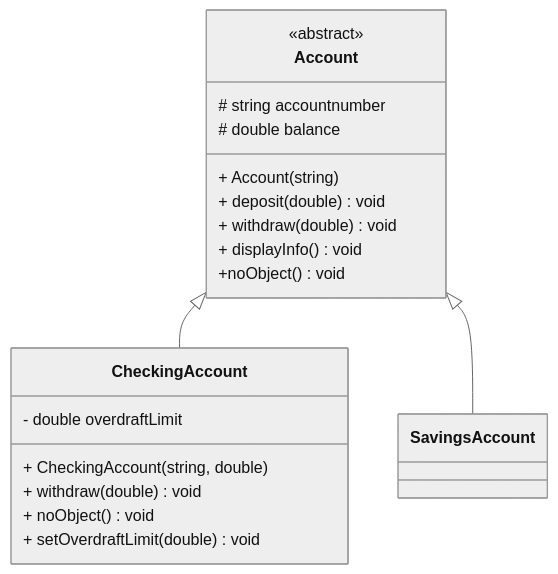
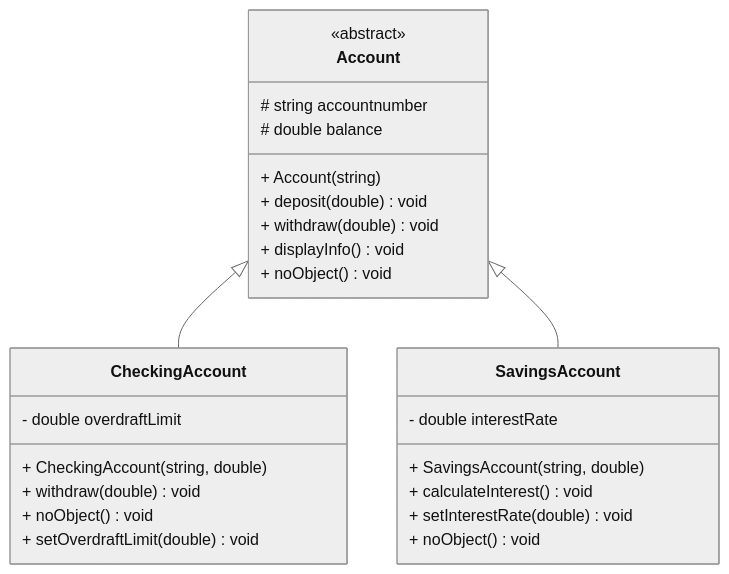
Before and after one commit to TimoTavasti/oliokurssi_2026: the diagram in Harjoitukset/H3T3/README.md, drawn with Mermaid (neutral theme). The commit also changed other lines of this file, not shown here.

Commit message:
h3t3 README rivejä muokattu

````diff
--- a/Harjoitukset/H3T3/README.md
+++ b/Harjoitukset/H3T3/README.md
@@ -3,25 +3,29 @@
 ```mermaid
 classDiagram
     class Account{
-    <<abstract>>
-    # string accountnumber
-    # double balance
-    + Account (string)
-    + deposit(double) void
-    + withdraw (double) void
-    + displayInfo() void
-    +noObject() void
-}
+        <<abstract>>
+        # string accountnumber
+        # double balance
+        + Account (string)
+        + deposit(double) void
+        + withdraw (double) void
+        + displayInfo() void
+        + noObject() void
+    }
     class CheckingAccount{
-    - double overdraftLimit
-    + CheckingAccount(string, double)
-    + withdraw(double) void
-    + noObject() void
-    + setOverdraftLimit(double) void
+        - double overdraftLimit
+        + CheckingAccount(string, double)
+        + withdraw(double) void
+        + noObject() void
+        + setOverdraftLimit(double) void
     }
     class SavingsAccount{
-
+        - double interestRate
+        + SavingsAccount(string, double)
+        + calculateInterest() void
+        + setInterestRate(double) void
+        + noObject() void
     }
     Account <|-- CheckingAccount
     Account <|-- SavingsAccount
 ```
````
